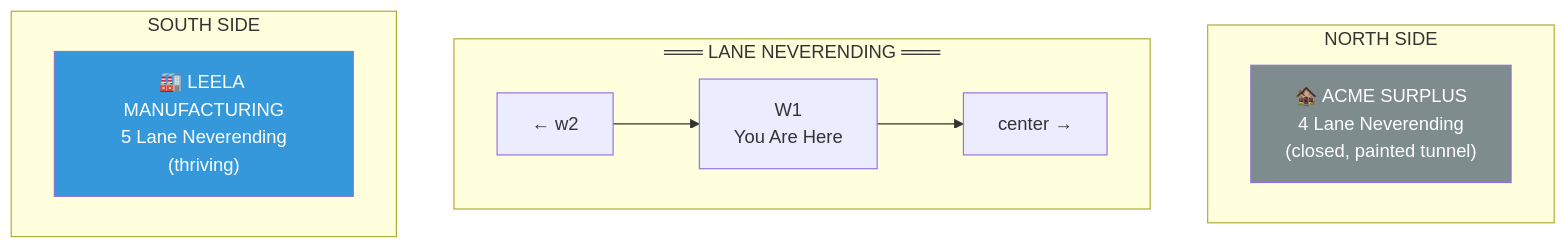
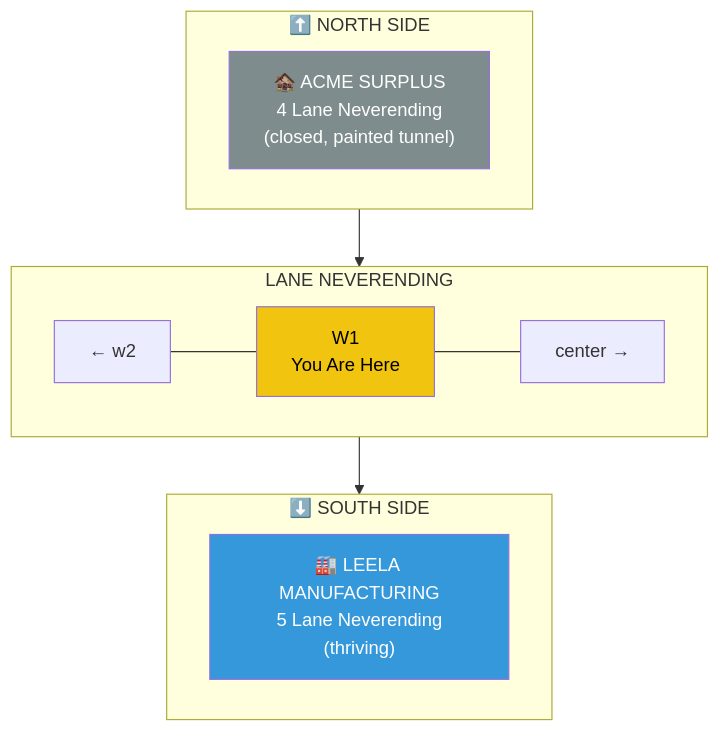
Before and after one commit to SimHacker/moollm: the first of 3 diagrams in examples/adventure-4/street/lane-neverending/w1/README.md, drawn with Mermaid.

Commit message:
Fix W1 layout diagram: vertical orientation (north at top, south at bottom)

````diff
--- a/examples/adventure-4/street/lane-neverending/w1/README.md
+++ b/examples/adventure-4/street/lane-neverending/w1/README.md
@@ -15,17 +15,23 @@
 ```mermaid
 flowchart TB
-    subgraph North["NORTH SIDE"]
+    subgraph North["⬆️ NORTH SIDE"]
         ACME["🏚️ ACME SURPLUS<br/>4 Lane Neverending<br/>(closed, painted tunnel)"]
     end
     
-    subgraph Street["═══ LANE NEVERENDING ═══"]
-        W2["← w2"] --> W1["W1<br/>You Are Here"] --> Center["center →"]
+    North --> Street
+    
+    subgraph Street["LANE NEVERENDING"]
+        direction LR
+        W2["← w2"] --- W1["W1<br/>You Are Here"] --- Center["center →"]
     end
     
-    subgraph South["SOUTH SIDE"]
+    Street --> South
+    
+    subgraph South["⬇️ SOUTH SIDE"]
         Leela["🏭 LEELA MANUFACTURING<br/>5 Lane Neverending<br/>(thriving)"]
     end
 
     style ACME fill:#7f8c8d,color:#fff
     style Leela fill:#3498db,color:#fff
+    style W1 fill:#f1c40f,color:#000
 ```
````
